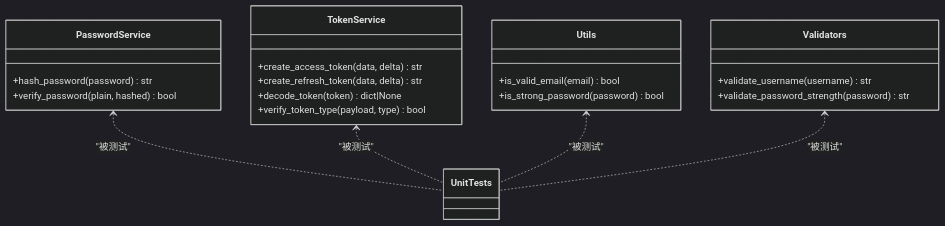
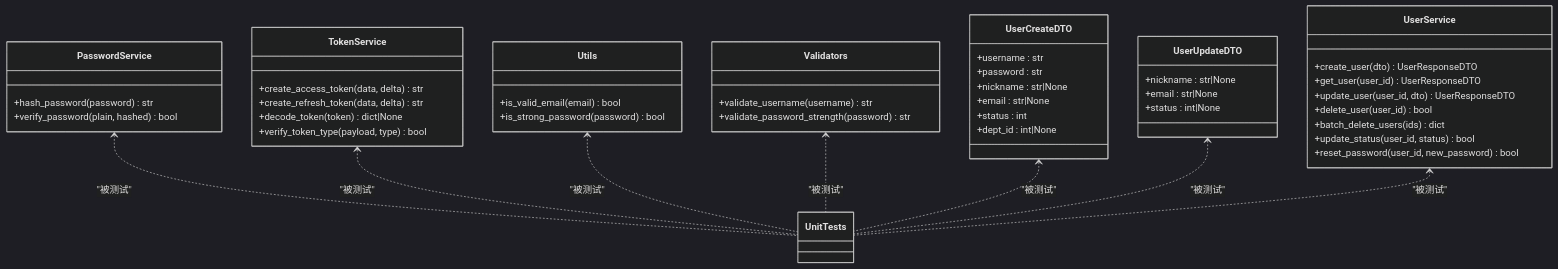
The third of 5 diagrams in .qoder/repowiki/zh/content/测试策略/测试策略.md (taoweidong/Hello-FastApi), drawn with Mermaid (dark theme) before and after one commit. The commit also changed other lines of this file and 11 other files, not shown here.

````diff
--- a/.qoder/repowiki/zh/content/测试策略/测试策略.md
+++ b/.qoder/repowiki/zh/content/测试策略/测试策略.md
@@ -142,25 +192,50 @@
 ```mermaid
 classDiagram
 class PasswordService {
 +hash_password(password) str
 +verify_password(plain, hashed) bool
 }
 class TokenService {
 +create_access_token(data, delta) str
 +create_refresh_token(data, delta) str
 +decode_token(token) dict|None
 +verify_token_type(payload, type) bool
 }
 class Utils {
 +is_valid_email(email) bool
 +is_strong_password(password) bool
 }
 class Validators {
 +validate_username(username) str
 +validate_password_strength(password) str
 }
+class UserCreateDTO {
++username : str
++password : str
++nickname : str|None
++email : str|None
++status : int
++dept_id : int|None
+}
+class UserUpdateDTO {
++nickname : str|None
++email : str|None
++status : int|None
+}
+class UserService {
++create_user(dto) UserResponseDTO
++get_user(user_id) UserResponseDTO
++update_user(user_id, dto) UserResponseDTO
++delete_user(user_id) bool
++batch_delete_users(ids) dict
++update_status(user_id, status) bool
++reset_password(user_id, new_password) bool
+}
 PasswordService <.. UnitTests : "被测试"
 TokenService <.. UnitTests : "被测试"
 Utils <.. UnitTests : "被测试"
 Validators <.. UnitTests : "被测试"
+UserCreateDTO <.. UnitTests : "被测试"
+UserUpdateDTO <.. UnitTests : "被测试"
+UserService <.. UnitTests : "被测试"
 ```
````
